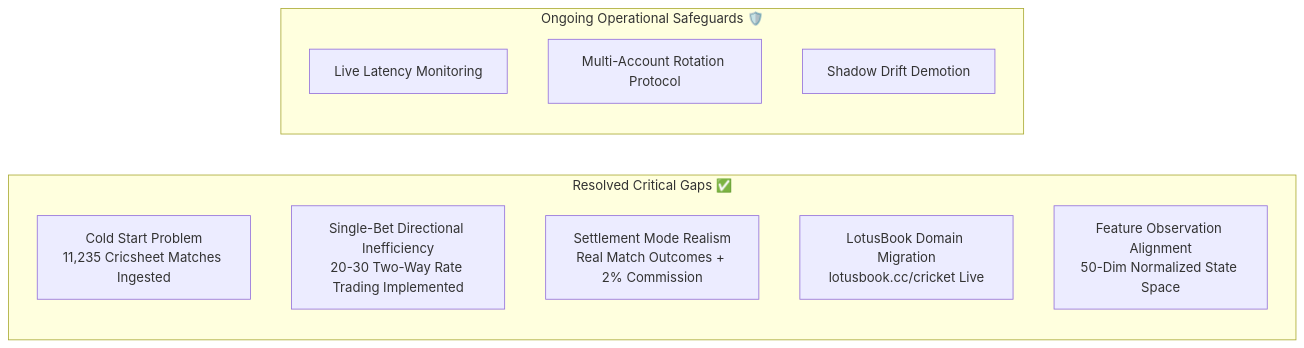
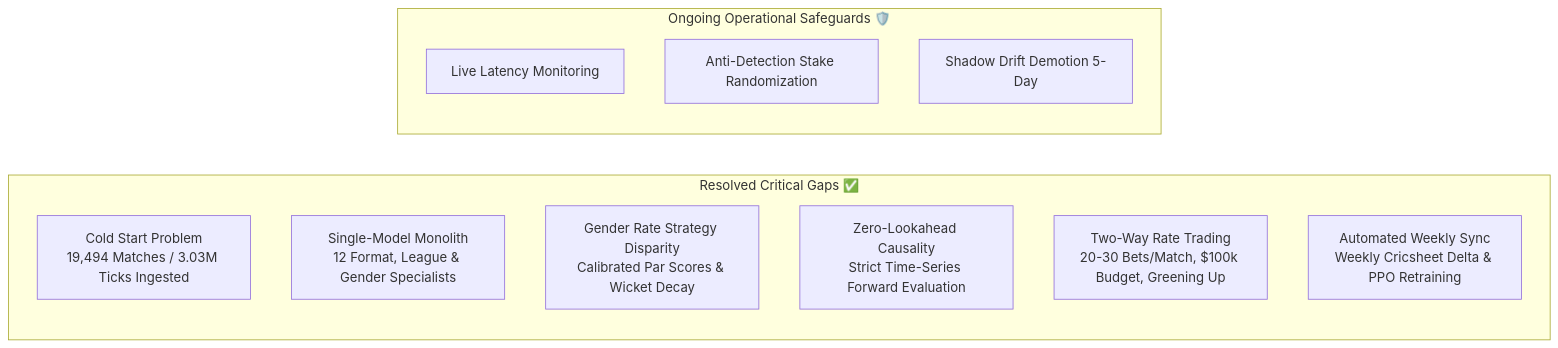
Before and after one commit to sohabena/prediction-claude: the diagram in docs/architecture/04-strategy-gap-analysis.md, drawn with Mermaid. The commit also changed other lines of this file and 22 other files, not shown here.

Commit message:
docs: forensic synchronization of architecture, rules, guides, and workflows with 12-specialist strategy

````diff
--- a/docs/architecture/04-strategy-gap-analysis.md
+++ b/docs/architecture/04-strategy-gap-analysis.md
@@ -11,16 +11,17 @@
 ```mermaid
 graph LR
     subgraph "Resolved Critical Gaps ✅"
-        A[Cold Start Problem<br/>11,235 Cricsheet Matches Ingested]
-        B[Single-Bet Directional Inefficiency<br/>20-30 Two-Way Rate Trading Implemented]
-        C[Settlement Mode Realism<br/>Real Match Outcomes + 2% Commission]
-        D[LotusBook Domain Migration<br/>lotusbook.cc/cricket Live]
-        E[Feature Observation Alignment<br/>50-Dim Normalized State Space]
+        A[Cold Start Problem<br/>19,494 Matches / 3.03M Ticks Ingested]
+        B[Single-Model Monolith<br/>12 Format, League & Gender Specialists]
+        C[Gender Rate Strategy Disparity<br/>Calibrated Par Scores & Wicket Decay]
+        D[Zero-Lookahead Causality<br/>Strict Time-Series Forward Evaluation]
+        E[Two-Way Rate Trading<br/>20-30 Bets/Match, $100k Budget, Greening Up]
+        F[Automated Weekly Sync<br/>Weekly Cricsheet Delta & PPO Retraining]
     end
 
     subgraph "Ongoing Operational Safeguards 🛡️"
-        F[Live Latency Monitoring]
-        G[Multi-Account Rotation Protocol]
-        H[Shadow Drift Demotion]
+        G[Live Latency Monitoring]
+        H[Anti-Detection Stake Randomization]
+        I[Shadow Drift Demotion 5-Day]
     end
 ```
````
